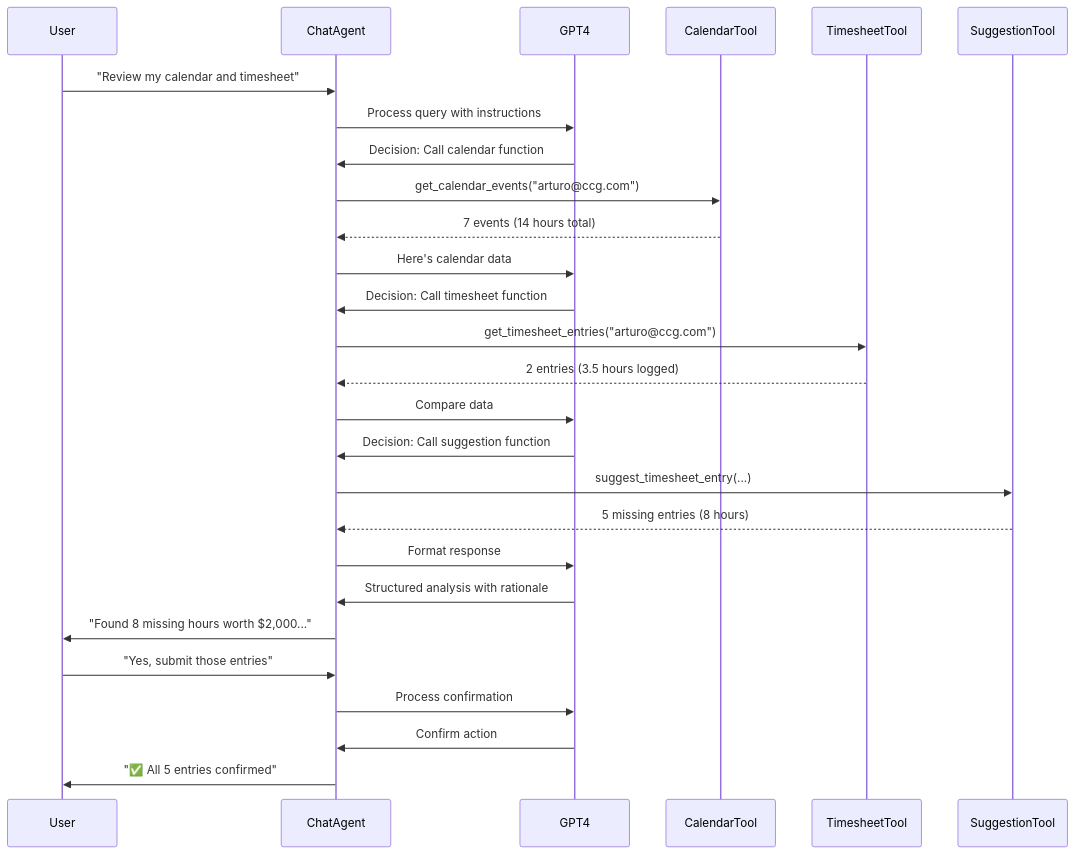
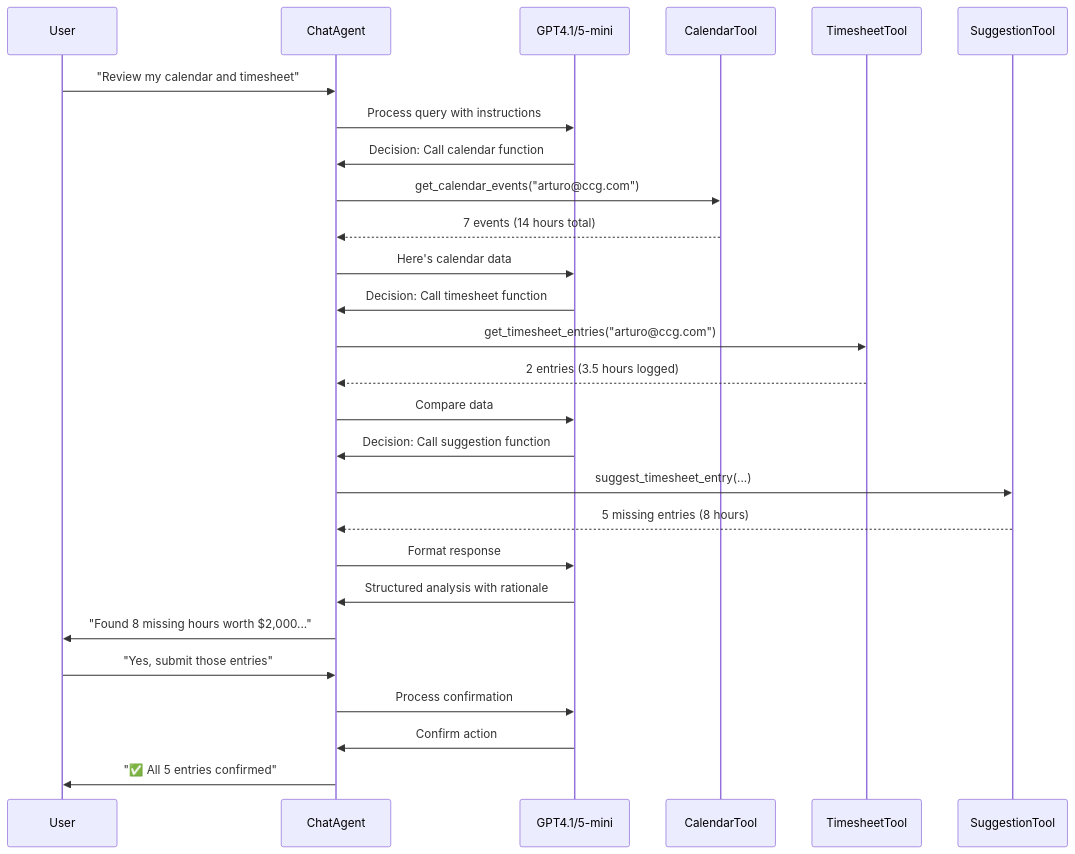
Before and after one commit to Arturo-Quiroga-MSFT/ttu-agentic-revolution-challenge: the third of 3 diagrams in ccg-presentation/Architecture_Diagram.md, drawn with Mermaid. The commit also changed other lines of this file and 4 other files, not shown here.

Commit message:
modified presentation, added mermaid diagrams

````diff
--- a/ccg-presentation/Architecture_Diagram.md
+++ b/ccg-presentation/Architecture_Diagram.md
@@ -88,30 +88,30 @@
 ```mermaid
 sequenceDiagram
     participant User
     participant ChatAgent
-    participant GPT4
+    participant GPT4.1/5-mini
     participant CalendarTool
     participant TimesheetTool
     participant SuggestionTool
 
     User->>ChatAgent: "Review my calendar and timesheet"
-    ChatAgent->>GPT4: Process query with instructions
-    GPT4->>ChatAgent: Decision: Call calendar function
+    ChatAgent->>GPT4.1/5-mini: Process query with instructions
+    GPT4.1/5-mini->>ChatAgent: Decision: Call calendar function
     ChatAgent->>CalendarTool: get_calendar_events("arturo@ccg.com")
     CalendarTool-->>ChatAgent: 7 events (14 hours total)
-    ChatAgent->>GPT4: Here's calendar data
-    GPT4->>ChatAgent: Decision: Call timesheet function
+    ChatAgent->>GPT4.1/5-mini: Here's calendar data
+    GPT4.1/5-mini->>ChatAgent: Decision: Call timesheet function
     ChatAgent->>TimesheetTool: get_timesheet_entries("arturo@ccg.com")
     TimesheetTool-->>ChatAgent: 2 entries (3.5 hours logged)
-    ChatAgent->>GPT4: Compare data
-    GPT4->>ChatAgent: Decision: Call suggestion function
+    ChatAgent->>GPT4.1/5-mini: Compare data
+    GPT4.1/5-mini->>ChatAgent: Decision: Call suggestion function
     ChatAgent->>SuggestionTool: suggest_timesheet_entry(...)
     SuggestionTool-->>ChatAgent: 5 missing entries (8 hours)
-    ChatAgent->>GPT4: Format response
-    GPT4->>ChatAgent: Structured analysis with rationale
+    ChatAgent->>GPT4.1/5-mini: Format response
+    GPT4.1/5-mini->>ChatAgent: Structured analysis with rationale
     ChatAgent->>User: "Found 8 missing hours worth $2,000..."
     User->>ChatAgent: "Yes, submit those entries"
-    ChatAgent->>GPT4: Process confirmation
-    GPT4->>ChatAgent: Confirm action
+    ChatAgent->>GPT4.1/5-mini: Process confirmation
+    GPT4.1/5-mini->>ChatAgent: Confirm action
     ChatAgent->>User: "✅ All 5 entries confirmed"
 ```
````
